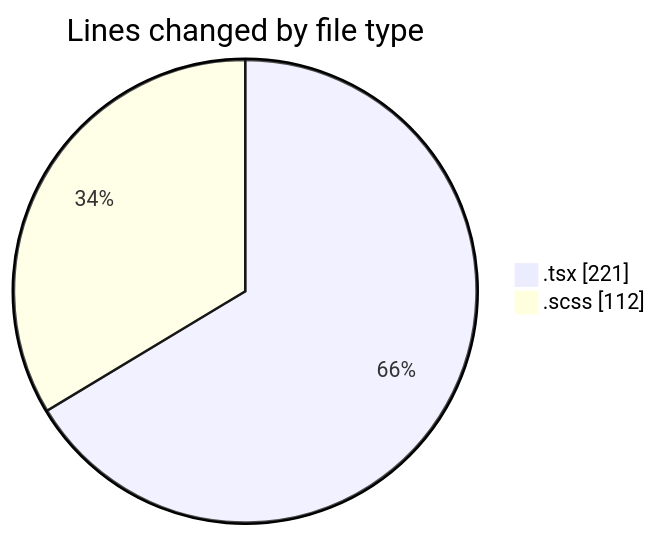
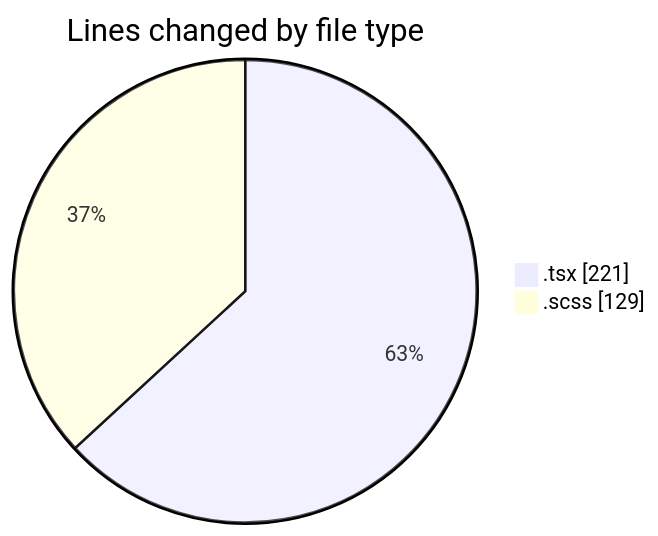
The first of 2 diagrams in 2026-04-16/cda/README.md (momahboobian/code-tracking), drawn with Mermaid before and after one commit. The commit also changed other lines of this file and 1 other file, not shown here.

````diff
--- a/2026-04-16/cda/README.md
+++ b/2026-04-16/cda/README.md
@@ -22,6 +22,6 @@
 ```mermaid
 pie showData
 title Lines changed by file type
 ".tsx" : 221
-".scss" : 112
+".scss" : 129
 ```
````
